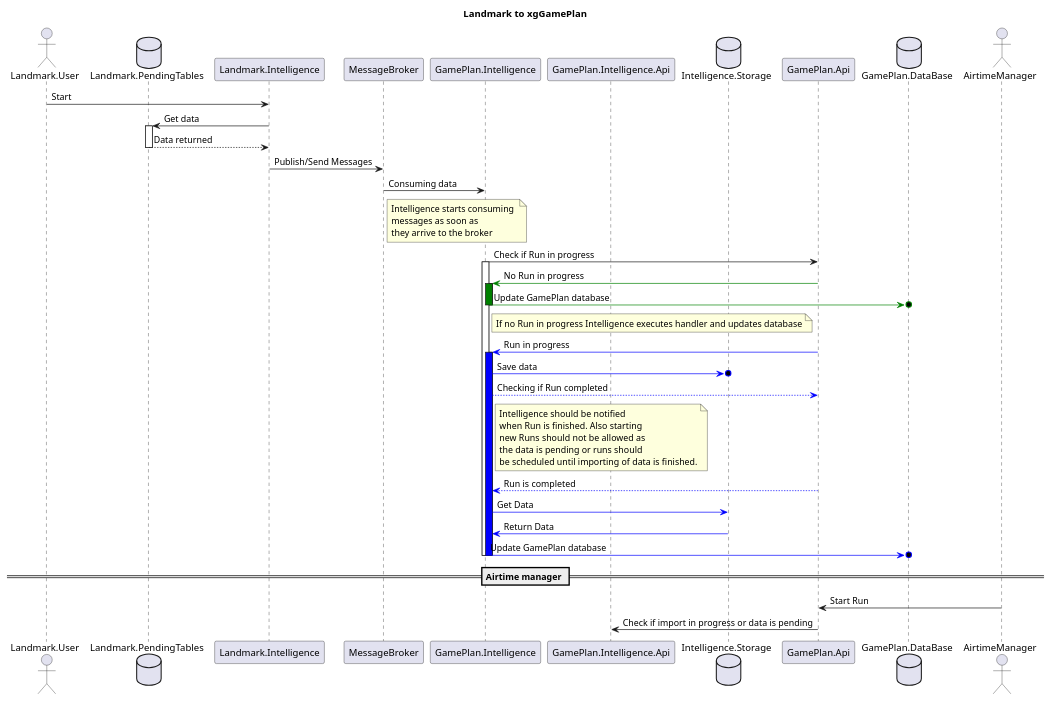
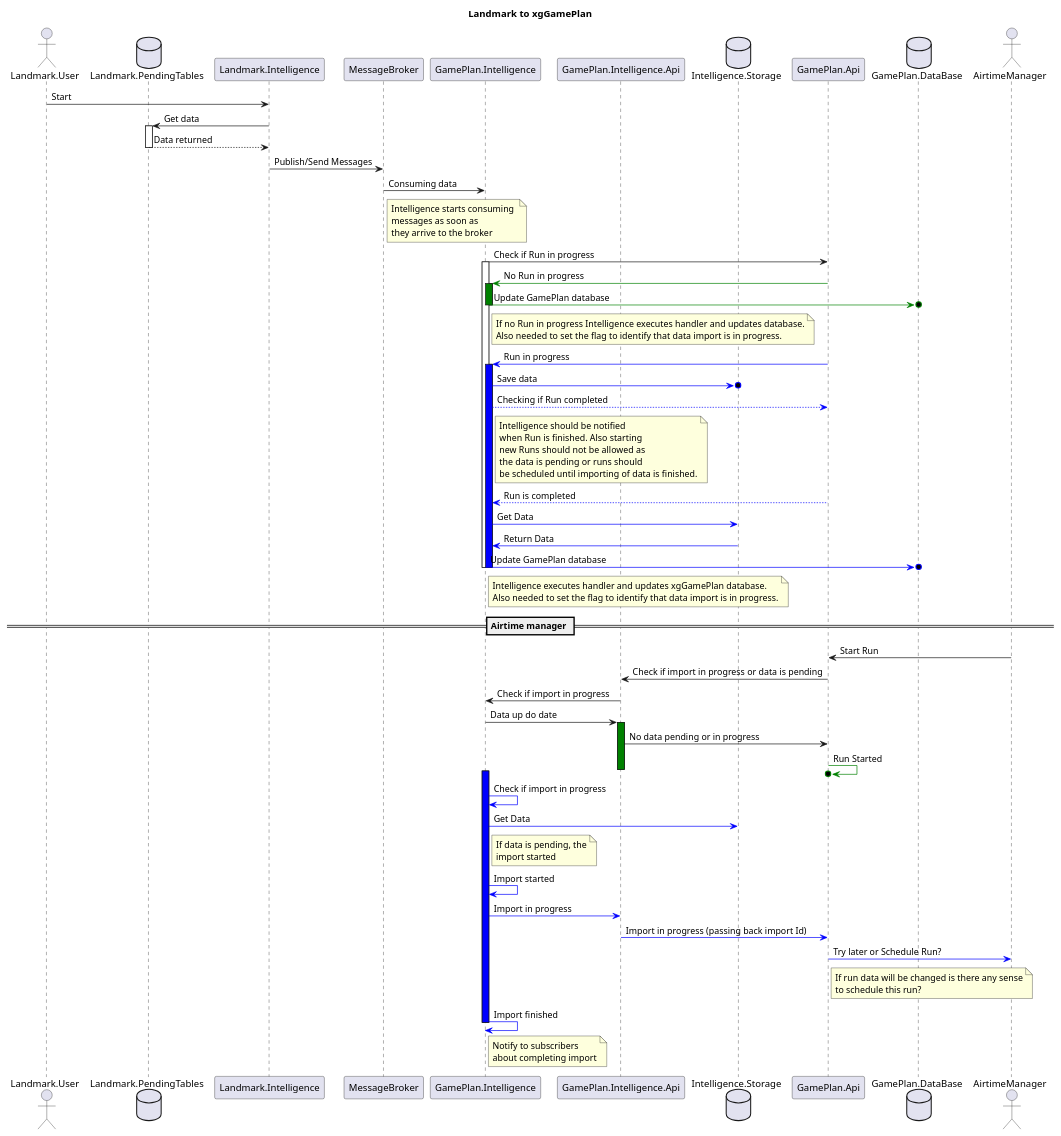
The diagram in LandmarkIntegration/UsingLocalStorage.wsd (tatokhorava/diagrams), drawn with PlantUML before and after one commit. The commit also changed 1 other file, not shown here.

Commit message:
Airtime manager process added

```diff
--- a/LandmarkIntegration/UsingLocalStorage.wsd
+++ b/LandmarkIntegration/UsingLocalStorage.wsd
@@ -1,59 +1,92 @@
 @startuml
 title Landmark to xgGamePlan
 actor Landmark.User
 database Landmark.PendingTables
 participant Landmark.Intelligence
 participant MessageBroker
 participant GamePlan.Intelligence
 participant GamePlan.Intelligence.Api
 database Intelligence.Storage
 participant GamePlan.Api
 database GamePlan.DataBase
 actor AirtimeManager
 
 Landmark.User -> Landmark.Intelligence: Start
 Landmark.Intelligence -> Landmark.PendingTables: Get data
 activate Landmark.PendingTables
 Landmark.PendingTables --> Landmark.Intelligence: Data returned
 deactivate Landmark.PendingTables
 Landmark.Intelligence -> MessageBroker: Publish/Send Messages
 GamePlan.Intelligence <- MessageBroker: Consuming data
 note right of MessageBroker
 Intelligence starts consuming 
 messages as soon as
 they arrive to the broker
 end note
 GamePlan.Intelligence -> GamePlan.Api: Check if Run in progress
 activate GamePlan.Intelligence
 GamePlan.Intelligence <[#Green]- GamePlan.Api: No Run in progress
 activate GamePlan.Intelligence #Green
 GamePlan.Intelligence -[#Green]>o GamePlan.DataBase: Update GamePlan database
 deactivate GamePlan.Intelligence
 note right of GamePlan.Intelligence
-If no Run in progress Intelligence executes handler and updates database
+If no Run in progress Intelligence executes handler and updates database.
+Also needed to set the flag to identify that data import is in progress.
 end note
 GamePlan.Intelligence <[#Blue]- GamePlan.Api: Run in progress
 activate GamePlan.Intelligence #Blue
 GamePlan.Intelligence -[#Blue]>o Intelligence.Storage: Save data
 GamePlan.Intelligence --[#Blue]> GamePlan.Api: Checking if Run completed
 note right of GamePlan.Intelligence
 Intelligence should be notified
 when Run is finished. Also starting
 new Runs should not be allowed as 
 the data is pending or runs should
 be scheduled until importing of data is finished.
 end note
 GamePlan.Api --[#Blue]> GamePlan.Intelligence: Run is completed
 GamePlan.Intelligence -[#Blue]> Intelligence.Storage: Get Data
 GamePlan.Intelligence <-[#Blue] Intelligence.Storage: Return Data
 GamePlan.Intelligence -[#Blue]>o GamePlan.DataBase: Update GamePlan database
+note right of GamePlan.Intelligence
+Intelligence executes handler and updates xgGamePlan database.
+Also needed to set the flag to identify that data import is in progress.
+end note
 deactivate GamePlan.Intelligence
 deactivate GamePlan.Intelligence
 
 == Airtime manager ==
 
 AirtimeManager -> GamePlan.Api: Start Run
 GamePlan.Api -> GamePlan.Intelligence.Api: Check if import in progress or data is pending
+GamePlan.Intelligence.Api -> GamePlan.Intelligence: Check if import in progress
+GamePlan.Intelligence -> GamePlan.Intelligence.Api: Data up do date
+activate GamePlan.Intelligence.Api #Green
+GamePlan.Intelligence.Api -> GamePlan.Api: No data pending or in progress
+GamePlan.Api -[#Green]>o GamePlan.Api: Run Started
+deactivate GamePlan.Intelligence.Api #Green
 
 
+activate GamePlan.Intelligence #Blue
+GamePlan.Intelligence -[#Blue]> GamePlan.Intelligence: Check if import in progress
+GamePlan.Intelligence -[#Blue]> Intelligence.Storage: Get Data
+note right of GamePlan.Intelligence
+If data is pending, the
+import started
+end note
+GamePlan.Intelligence -[#Blue]> GamePlan.Intelligence: Import started
+GamePlan.Intelligence -[#Blue]> GamePlan.Intelligence.Api: Import in progress
+GamePlan.Intelligence.Api -[#Blue]> GamePlan.Api: Import in progress (passing back import Id)
+GamePlan.Api -[#Blue]> AirtimeManager: Try later or Schedule Run?
+note right of GamePlan.Api
+If run data will be changed is there any sense
+to schedule this run?
+end note
+GamePlan.Intelligence -[#Blue]> GamePlan.Intelligence: Import finished
+note right of GamePlan.Intelligence
+Notify to subscribers
+about completing import
+end note
+deactivate GamePlan.Intelligence #Blue
+
 @enduml
```
